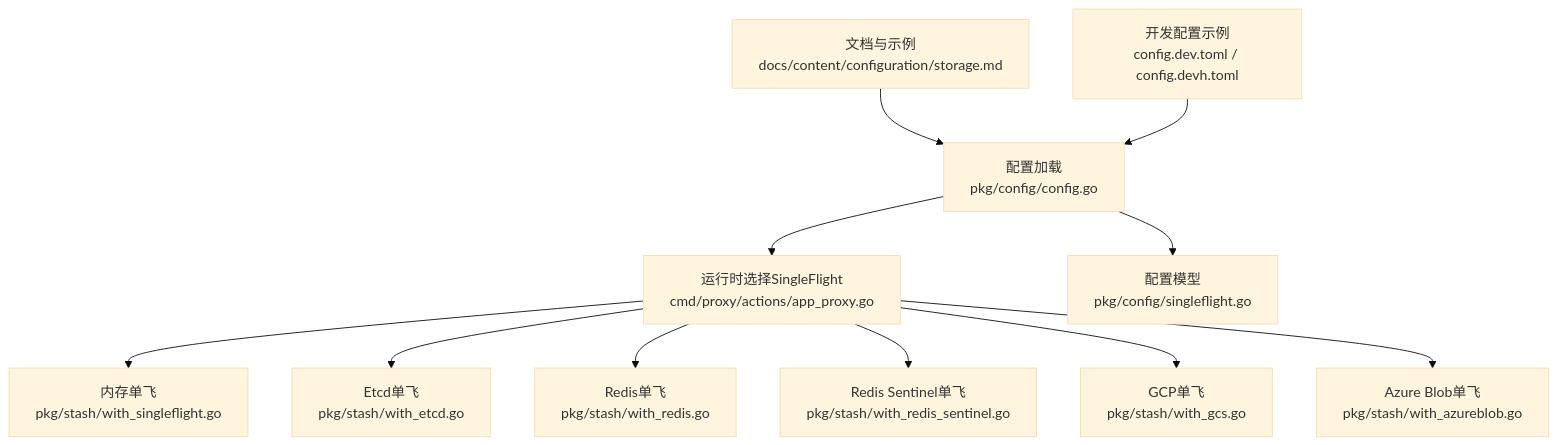
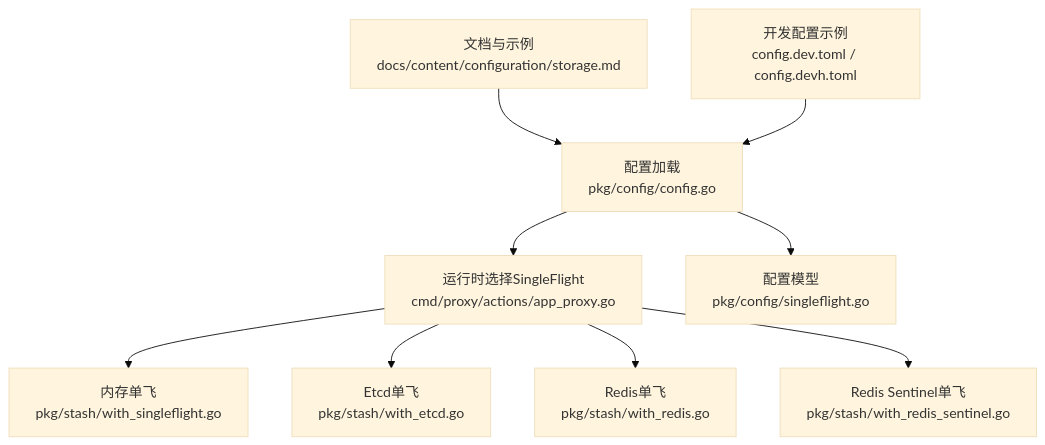
Before and after one commit to leimeng-go/athens: the first of 4 diagrams in .qoder/repowiki/zh/content/配置参考/高级配置/SingleFlight分布式锁配置.md, drawn with Mermaid (base theme). The commit also changed other lines of this file and 14 other files, not shown here.

````diff
--- a/.qoder/repowiki/zh/content/配置参考/高级配置/SingleFlight分布式锁配置.md
+++ b/.qoder/repowiki/zh/content/配置参考/高级配置/SingleFlight分布式锁配置.md
@@ -46,13 +53,11 @@
 ```mermaid
 graph TB
 A["配置加载<br/>pkg/config/config.go"] --> B["运行时选择SingleFlight<br/>cmd/proxy/actions/app_proxy.go"]
 B --> C["内存单飞<br/>pkg/stash/with_singleflight.go"]
 B --> D["Etcd单飞<br/>pkg/stash/with_etcd.go"]
 B --> E["Redis单飞<br/>pkg/stash/with_redis.go"]
 B --> F["Redis Sentinel单飞<br/>pkg/stash/with_redis_sentinel.go"]
-B --> G["GCP单飞<br/>pkg/stash/with_gcs.go"]
-B --> H["Azure Blob单飞<br/>pkg/stash/with_azureblob.go"]
 A --> I["配置模型<br/>pkg/config/singleflight.go"]
 J["文档与示例<br/>docs/content/configuration/storage.md"] --> A
 K["开发配置示例<br/>config.dev.toml / config.devh.toml"] --> A
 ```
````
